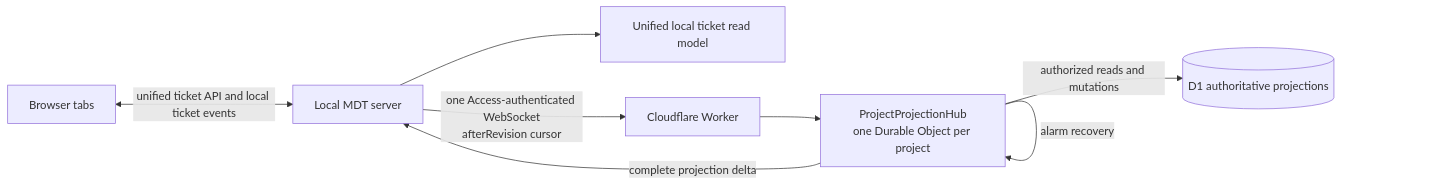
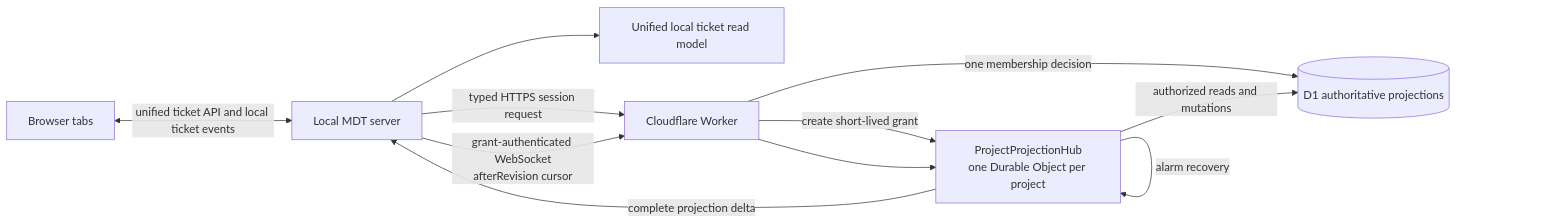
The diagram in docs/CRs/MDT-226-cloud-projection-push-delivery.md (andkirby/markdown-ticket), drawn with Mermaid before and after one commit. The commit also changed other lines of this file and 31 other files, not shown here.

````diff
--- a/docs/CRs/MDT-226-cloud-projection-push-delivery.md
+++ b/docs/CRs/MDT-226-cloud-projection-push-delivery.md
@@ -79,10 +79,13 @@
 ```mermaid
 flowchart LR
   Browser["Browser tabs"] <-->|"unified ticket API and local ticket events"| Local["Local MDT server"]
   Local --> ReadModel["Unified local ticket read model"]
-  Local -->|"one Access-authenticated WebSocket\nafterRevision cursor"| Worker["Cloudflare Worker"]
+  Local -->|"typed HTTPS session request"| Worker["Cloudflare Worker"]
+  Worker -->|"one membership decision"| D1
+  Worker -->|"create short-lived grant"| Hub["ProjectProjectionHub\none Durable Object per project"]
+  Local -->|"grant-authenticated WebSocket\nafterRevision cursor"| Worker
   Worker --> Hub["ProjectProjectionHub\none Durable Object per project"]
   Hub -->|"authorized reads and mutations"| D1[("D1 authoritative projections")]
   Hub -->|"complete projection delta"| Local
   Hub -->|"alarm recovery"| Hub
 ```
````
